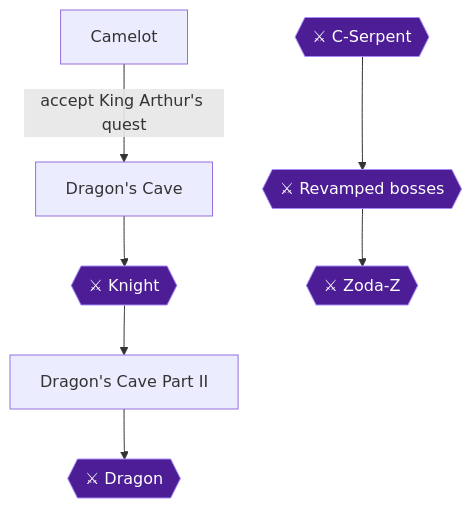
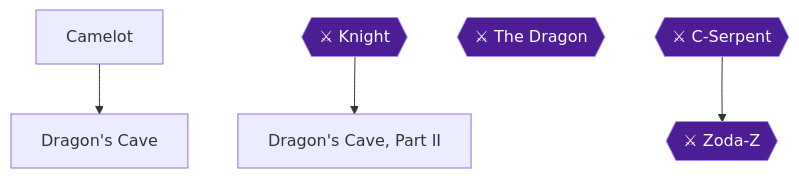
One commit to MajinFro/retro-walkthroughs changed the tenth of 11 diagrams in content/research/1984/08_cited.md. Above: the diagram before and after it, drawn with Mermaid. The commit also changed other lines of this file and 100 other files, not shown here.

````diff
--- a/content/research/1984/08_cited.md
+++ b/content/research/1984/08_cited.md
@@ -1749,20 +1779,16 @@
 ```mermaid
 flowchart TD
   Camelot["Camelot"]
-  Dragons_Cave["Dragon's Cave"]
+  DragonsCave["Dragon's Cave"]
   Knight{{"⚔ Knight"}}
-  Dragons_Cave_Part_II["Dragon's Cave Part II"]
-  Dragon{{"⚔ Dragon"}}
-  C_Serpent{{"⚔ C-Serpent"}}
-  Boss_Rematches{{"⚔ Revamped bosses"}}
-  Zoda_Z{{"⚔ Zoda-Z"}}
-  Camelot -->|"accept King Arthur's quest"| Dragons_Cave
-  Dragons_Cave --> Knight
-  Knight --> Dragons_Cave_Part_II
-  Dragons_Cave_Part_II --> Dragon
-  C_Serpent --> Boss_Rematches
-  Boss_Rematches --> Zoda_Z
+  DragonsCave2["Dragon's Cave, Part II"]
+  Dragon{{"⚔ The Dragon"}}
+  CSerpent{{"⚔ C-Serpent"}}
+  ZodaZ{{"⚔ Zoda-Z"}}
+  Camelot --> DragonsCave
+  Knight --> DragonsCave2
+  CSerpent --> ZodaZ
   classDef ponr fill:#7f1d1d,stroke:#f87171,color:#fff;
   classDef boss fill:#4c1d95,stroke:#a78bfa,color:#fff;
-  class Knight,Dragon,C_Serpent,Boss_Rematches,Zoda_Z boss;
+  class Knight,Dragon,CSerpent,ZodaZ boss;
 ```
````
